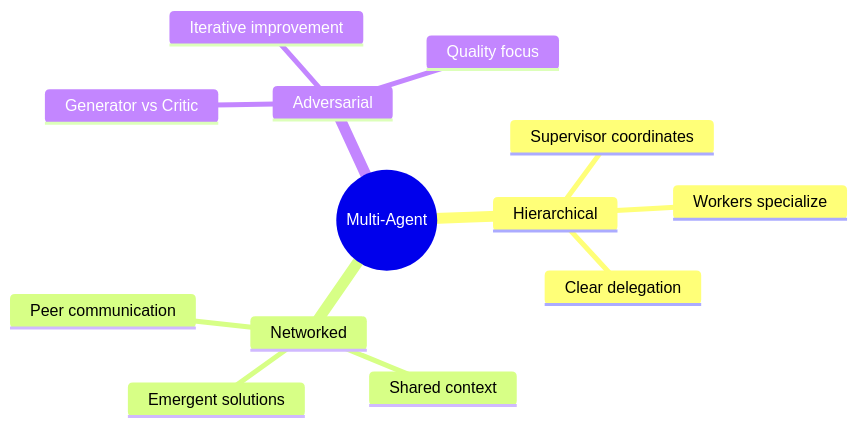
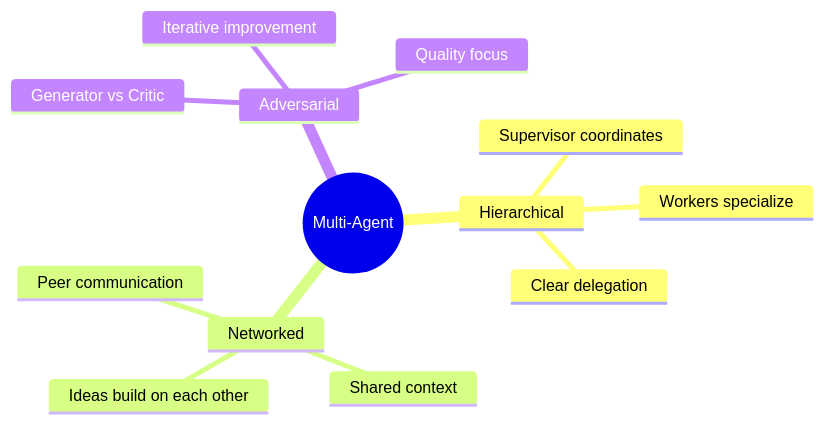
One commit to akshkr/akashnotes changed the fourth of 4 diagrams in Phase_4_Multi_Agent_Systems/Day_050_agent_topologies/agent_topologies.md. Above: the diagram before and after it, drawn with Mermaid. The commit also changed other lines of this file and 95 other files, not shown here.

````diff
--- a/Phase_4_Multi_Agent_Systems/Day_050_agent_topologies/agent_topologies.md
+++ b/Phase_4_Multi_Agent_Systems/Day_050_agent_topologies/agent_topologies.md
@@ -407,16 +409,16 @@
 ```mermaid
 mindmap
   root((Multi-Agent))
     Hierarchical
       Supervisor coordinates
       Workers specialize
       Clear delegation
     Networked
       Peer communication
       Shared context
-      Emergent solutions
+      Ideas build on each other
     Adversarial
       Generator vs Critic
       Iterative improvement
       Quality focus
 ```
````
